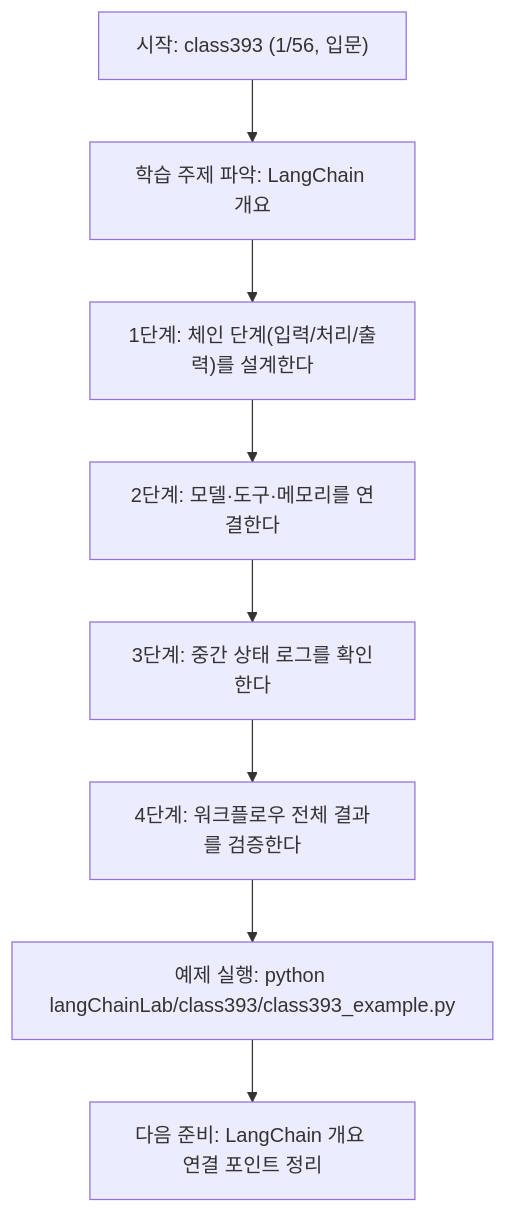
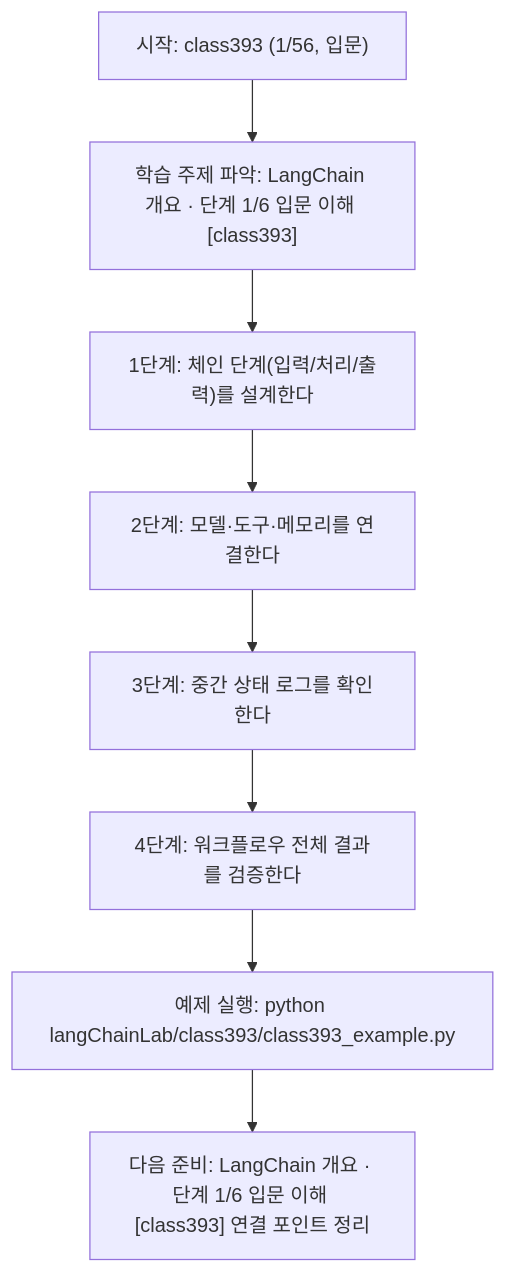
The diagram in langChainLab/class393/class393.md (edumgt/Python-AI_Agent-Class), drawn with Mermaid before and after one commit. The commit also changed other lines of this file and 522 other files, not shown here.

````diff
--- a/langChainLab/class393/class393.md
+++ b/langChainLab/class393/class393.md
@@ -108,18 +109,18 @@
 ```mermaid
 flowchart TD
 N1["시작: class393 (1/56, 입문)"]
-N2["학습 주제 파악: LangChain 개요"]
+N2["학습 주제 파악: LangChain 개요 · 단계 1/6 입문 이해 [class393]"]
 N3["1단계: 체인 단계(입력/처리/출력)를 설계한다"]
 N4["2단계: 모델·도구·메모리를 연결한다"]
 N5["3단계: 중간 상태 로그를 확인한다"]
 N6["4단계: 워크플로우 전체 결과를 검증한다"]
 N7["예제 실행: python langChainLab/class393/class393_example.py"]
-N8["다음 준비: LangChain 개요 연결 포인트 정리"]
+N8["다음 준비: LangChain 개요 · 단계 1/6 입문 이해 [class393] 연결 포인트 정리"]
 N1 --> N2
 N2 --> N3
 N3 --> N4
 N4 --> N5
 N5 --> N6
 N6 --> N7
 N7 --> N8
 ```
````
